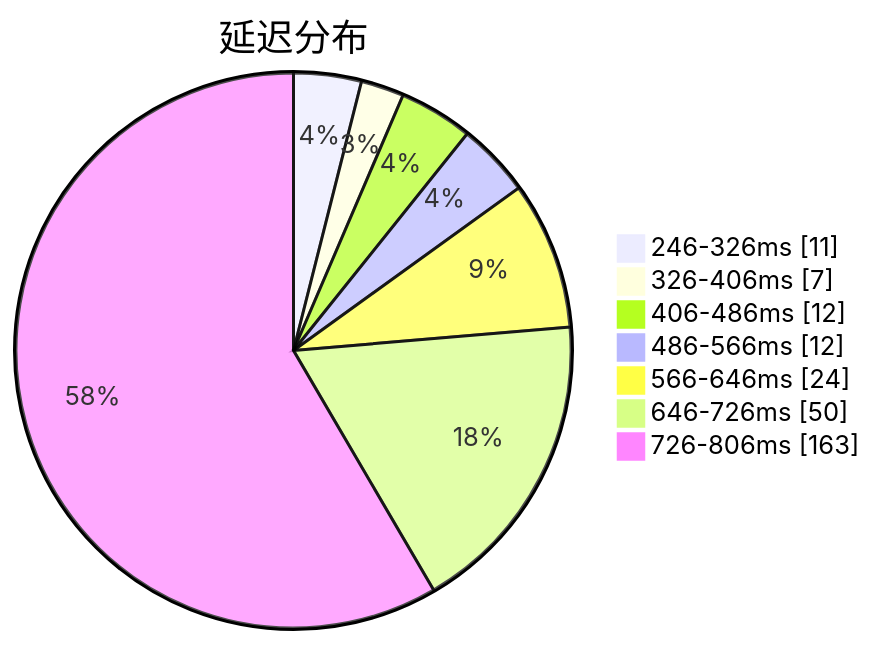
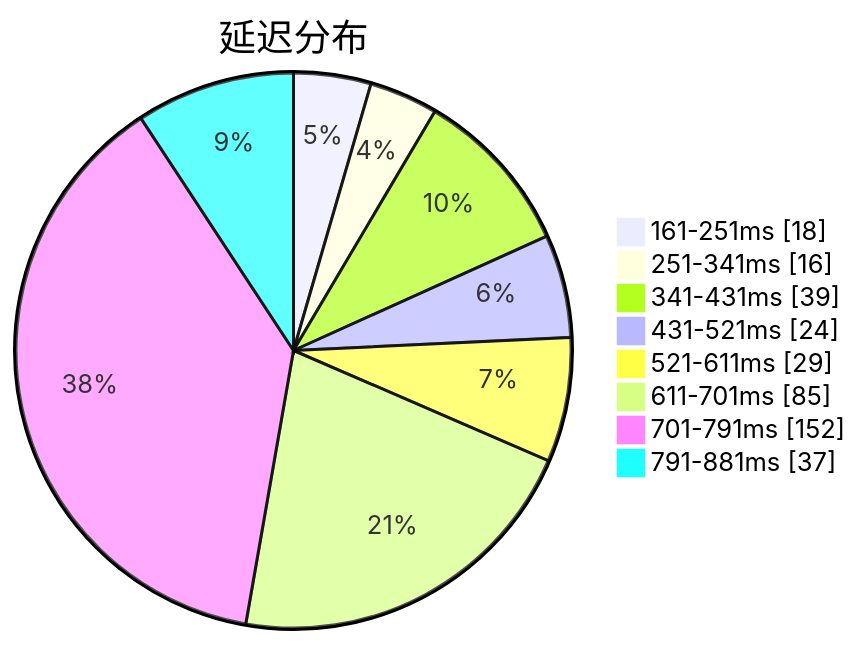
One commit to qjlxg/airport changed the first of 3 diagrams in subs/statistics/tested_within.md. Above: the diagram before and after it, drawn with Mermaid. The commit also changed other lines of this file and 2 other files, not shown here.

````diff
--- a/subs/statistics/tested_within.md
+++ b/subs/statistics/tested_within.md
@@ -2,11 +2,12 @@
 ```mermaid
 pie showData
 title 延迟分布
-"246-326ms" : 11
-"326-406ms" : 7
-"406-486ms" : 12
-"486-566ms" : 12
-"566-646ms" : 24
-"646-726ms" : 50
-"726-806ms" : 163
+"161-251ms" : 18
+"251-341ms" : 16
+"341-431ms" : 39
+"431-521ms" : 24
+"521-611ms" : 29
+"611-701ms" : 85
+"701-791ms" : 152
+"791-881ms" : 37
 ```
````
